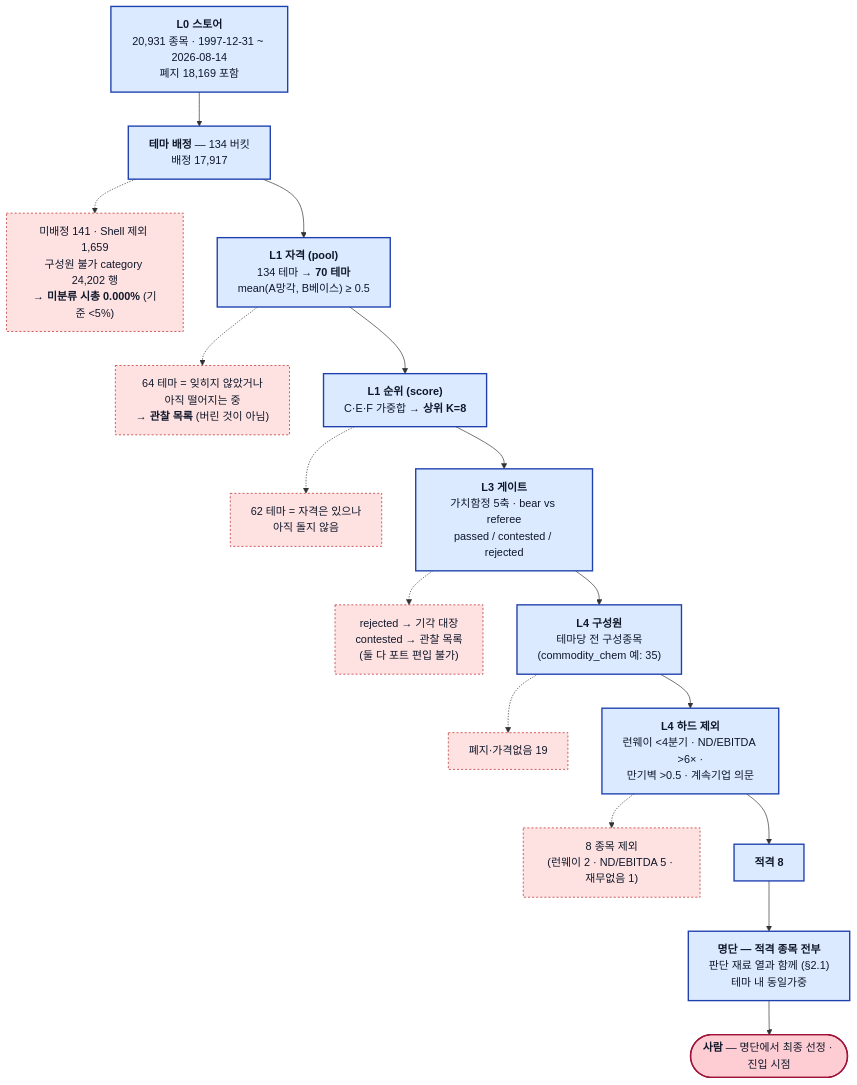
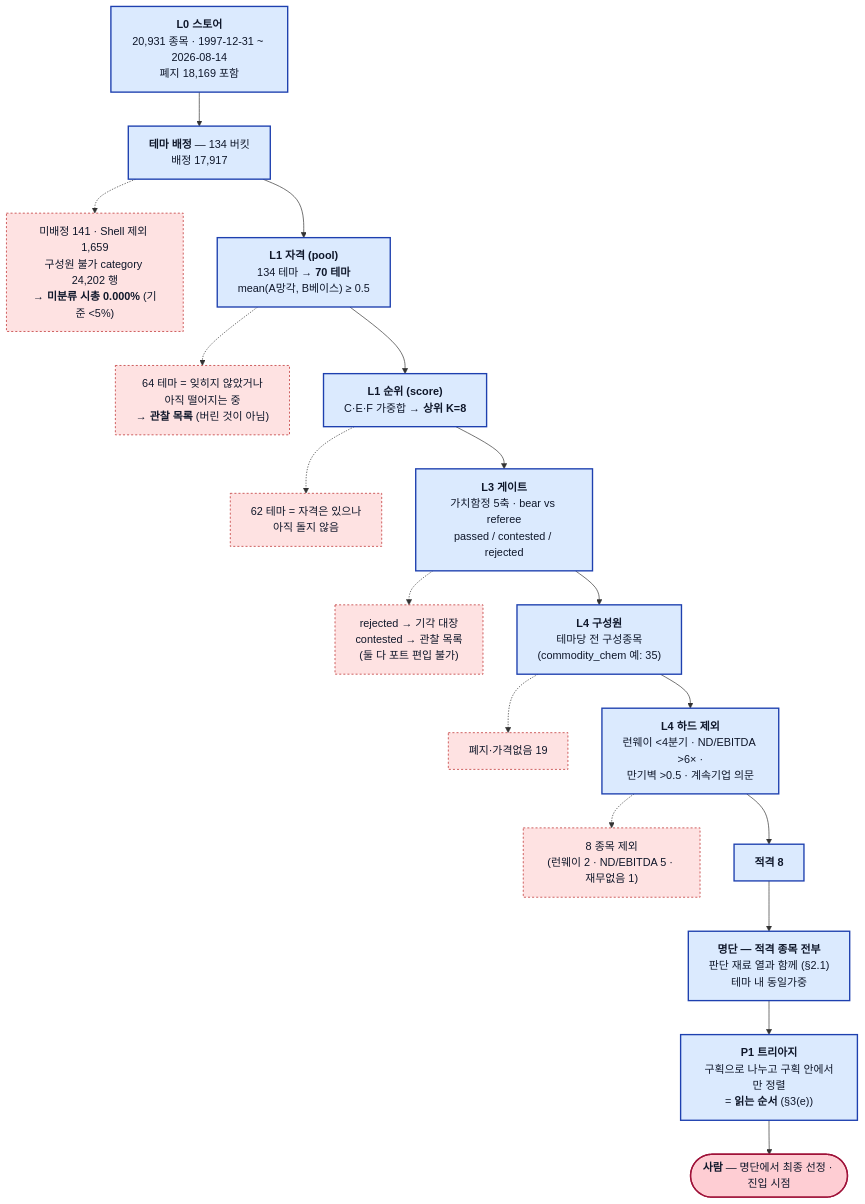
The second of 2 diagrams in README.md (younghwan91/macro-sector-agent), drawn with Mermaid before and after one commit. The commit also changed other lines of this file, not shown here.

````diff
--- a/README.md
+++ b/README.md
@@ -157,34 +135,35 @@
 ```mermaid
 flowchart TD
     A["<b>L0 스토어</b><br/>20,931 종목 · 1997-12-31 ~ 2026-08-14<br/>폐지 18,169 포함"]
     B["<b>테마 배정</b> — 134 버킷<br/>배정 17,917"]
     B1["미배정 141 · Shell 제외 1,659<br/>구성원 불가 category 24,202 행<br/>→ <b>미분류 시총 0.000%</b> (기준 &lt;5%)"]
     C["<b>L1 자격 (pool)</b><br/>134 테마 → <b>70 테마</b><br/>mean(A망각, B베이스) ≥ 0.5"]
     C1["64 테마 = 잊히지 않았거나<br/>아직 떨어지는 중<br/>→ <b>관찰 목록</b> (버린 것이 아님)"]
     D["<b>L1 순위 (score)</b><br/>C·E·F 가중합 → <b>상위 K=8</b>"]
     D1["62 테마 = 자격은 있으나<br/>아직 돌지 않음"]
     E["<b>L3 게이트</b><br/>가치함정 5축 · bear vs referee<br/>passed / contested / rejected"]
     E1["rejected → 기각 대장<br/>contested → 관찰 목록<br/>(둘 다 포트 편입 불가)"]
     F["<b>L4 구성원</b><br/>테마당 전 구성종목<br/>(commodity_chem 예: 35)"]
     F1["폐지·가격없음 19"]
     G["<b>L4 하드 제외</b><br/>런웨이 &lt;4분기 · ND/EBITDA &gt;6× ·<br/>만기벽 &gt;0.5 · 계속기업 의문"]
     G1["8 종목 제외<br/>(런웨이 2 · ND/EBITDA 5 · 재무없음 1)"]
     H["<b>적격 8</b>"]
     I["<b>명단 — 적격 종목 전부</b><br/>판단 재료 열과 함께 (§2.1)<br/>테마 내 동일가중"]
+    T["<b>P1 트리아지</b><br/>구획으로 나누고 구획 안에서만 정렬<br/>= <b>읽는 순서</b> (§3(e))"]
     J(["<b>사람</b> — 명단에서 최종 선정 · 진입 시점"])
 
-    A --> B --> C --> D --> E --> F --> G --> H --> I --> J
+    A --> B --> C --> D --> E --> F --> G --> H --> I --> T --> J
     B -.-> B1
     C -.-> C1
     D -.-> D1
     E -.-> E1
     F -.-> F1
     G -.-> G1
 
     classDef keep fill:#dbeafe,stroke:#1e40af,stroke-width:2px,color:#0f172a
     classDef drop fill:#fee2e2,stroke:#b91c1c,stroke-dasharray:3 3,color:#0f172a
     classDef human fill:#fecdd3,stroke:#9f1239,stroke-width:2px,color:#0f172a
-    class A,B,C,D,E,F,G,H,I keep
+    class A,B,C,D,E,F,G,H,I,T keep
     class B1,C1,D1,E1,F1,G1 drop
     class J human
 ```
````
